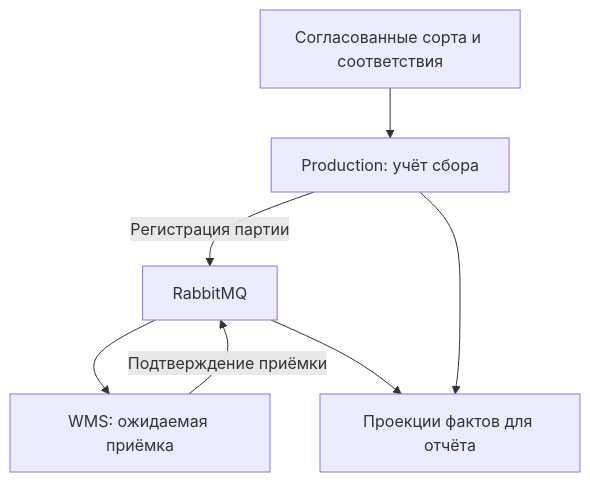
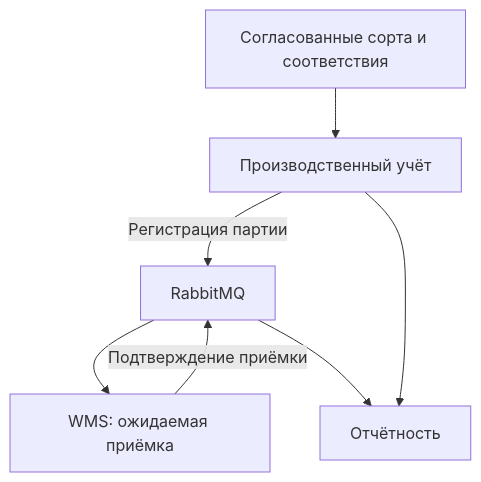
One commit to spicerrr/sa-portfolio changed the diagram in agritech/README.md. Above: the diagram before and after it, drawn with Mermaid. The commit also changed other lines of this file, not shown here.

````diff
--- a/agritech/README.md
+++ b/agritech/README.md
@@ -48,9 +41,9 @@
 ```mermaid
 flowchart TD
-    M["Согласованные сорта и соответствия"] --> P["Production: учёт сбора"]
+    M["Согласованные сорта и соответствия"] --> P["Производственный учёт"]
     P -->|"Регистрация партии"| Q["RabbitMQ"]
     Q --> W["WMS: ожидаемая приёмка"]
     W -->|"Подтверждение приёмки"| Q
-    Q --> B["Проекции фактов для отчёта"]
+    Q --> B["Отчётность"]
     P --> B
 ```
````
